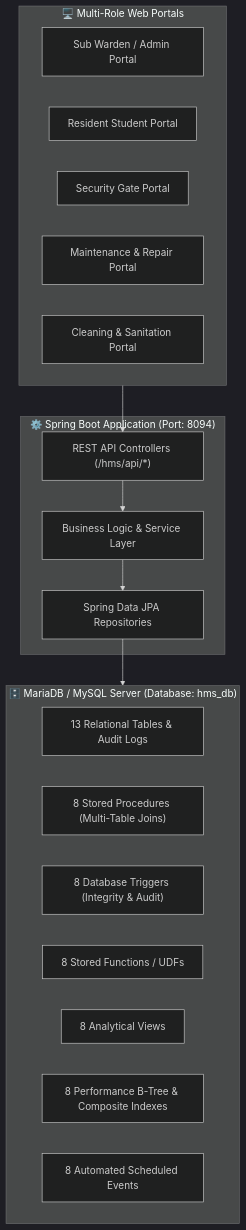
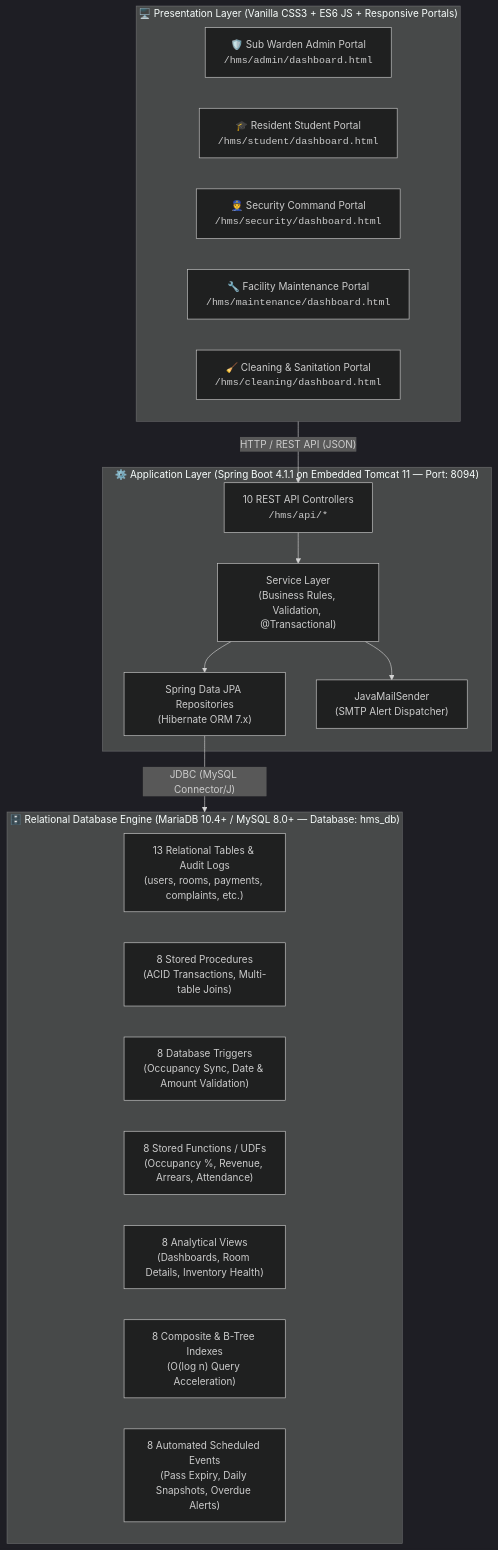
Before and after one commit to Nekmal/HMS: the diagram in README.md, drawn with Mermaid (dark theme). The commit also changed other lines of this file, not shown here.

````diff
--- a/README.md
+++ b/README.md
@@ -21,31 +75,33 @@
 ```mermaid
 graph TD
-    subgraph UI ["🖥️ Multi-Role Web Portals"]
-        Admin["Sub Warden / Admin Portal"]
-        Student["Resident Student Portal"]
-        Security["Security Gate Portal"]
-        Maint["Maintenance & Repair Portal"]
-        Clean["Cleaning & Sanitation Portal"]
+    subgraph UI ["🖥️ Presentation Layer (Vanilla CSS3 + ES6 JS + Responsive Portals)"]
+        A1["🛡️ Sub Warden Admin Portal<br/><code>/hms/admin/dashboard.html</code>"]
+        A2["🎓 Resident Student Portal<br/><code>/hms/student/dashboard.html</code>"]
+        A3["👮 Security Command Portal<br/><code>/hms/security/dashboard.html</code>"]
+        A4["🔧 Facility Maintenance Portal<br/><code>/hms/maintenance/dashboard.html</code>"]
+        A5["🧹 Cleaning & Sanitation Portal<br/><code>/hms/cleaning/dashboard.html</code>"]
     end
 
-    subgraph Backend ["⚙️ Spring Boot Application (Port: 8094)"]
-        Controllers["REST API Controllers (/hms/api/*)"]
-        Services["Business Logic & Service Layer"]
-        Repositories["Spring Data JPA Repositories"]
+    subgraph AppServer ["⚙️ Application Layer (Spring Boot 4.1.1 on Embedded Tomcat 11 — Port: 8094)"]
+        C["10 REST API Controllers<br/><code>/hms/api/*</code>"]
+        S["Service Layer<br/>(Business Rules, Validation, @Transactional)"]
+        R["Spring Data JPA Repositories<br/>(Hibernate ORM 7.x)"]
+        M["JavaMailSender<br/>(SMTP Alert Dispatcher)"]
+        C --> S
+        S --> R
+        S --> M
     end
 
-    subgraph Database ["🗄️ MariaDB / MySQL Server (Database: hms_db)"]
-        Tables["13 Relational Tables & Audit Logs"]
-        SP["8 Stored Procedures (Multi-Table Joins)"]
-        TRG["8 Database Triggers (Integrity & Audit)"]
-        FN["8 Stored Functions / UDFs"]
-        VW["8 Analytical Views"]
-        IDX["8 Performance B-Tree & Composite Indexes"]
-        EVT["8 Automated Scheduled Events"]
+    subgraph DatabaseLayer ["🗄️ Relational Database Engine (MariaDB 10.4+ / MySQL 8.0+ — Database: hms_db)"]
+        T["13 Relational Tables & Audit Logs<br/>(users, rooms, payments, complaints, etc.)"]
+        SP["8 Stored Procedures<br/>(ACID Transactions, Multi-table Joins)"]
+        TRG["8 Database Triggers<br/>(Occupancy Sync, Date & Amount Validation)"]
+        FN["8 Stored Functions / UDFs<br/>(Occupancy %, Revenue, Arrears, Attendance)"]
+        VW["8 Analytical Views<br/>(Dashboards, Room Details, Inventory Health)"]
+        IDX["8 Composite & B-Tree Indexes<br/>(O(log n) Query Acceleration)"]
+        EVT["8 Automated Scheduled Events<br/>(Pass Expiry, Daily Snapshots, Overdue Alerts)"]
     end
 
-    UI --> Controllers
-    Controllers --> Services
-    Services --> Repositories
-    Repositories --> Database
+    UI -->|"HTTP / REST API (JSON)"| C
+    R -->|"JDBC (MySQL Connector/J)"| DatabaseLayer
 ```
````
